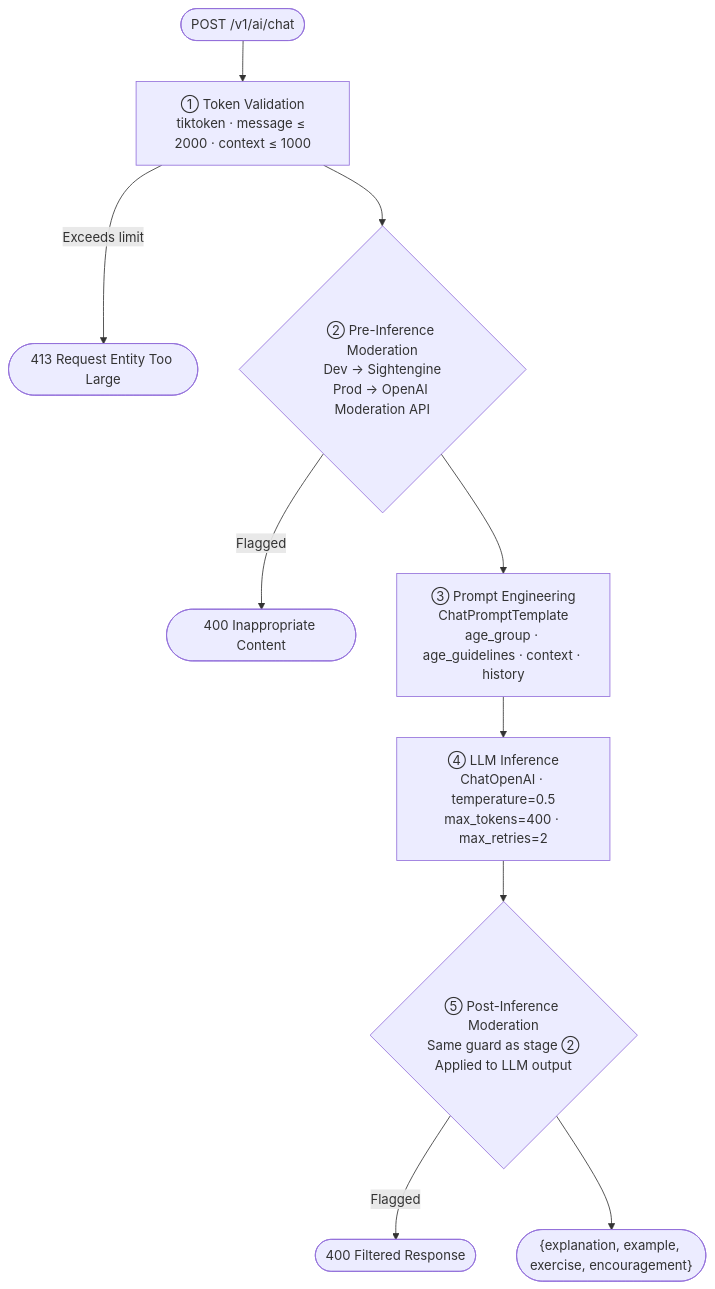
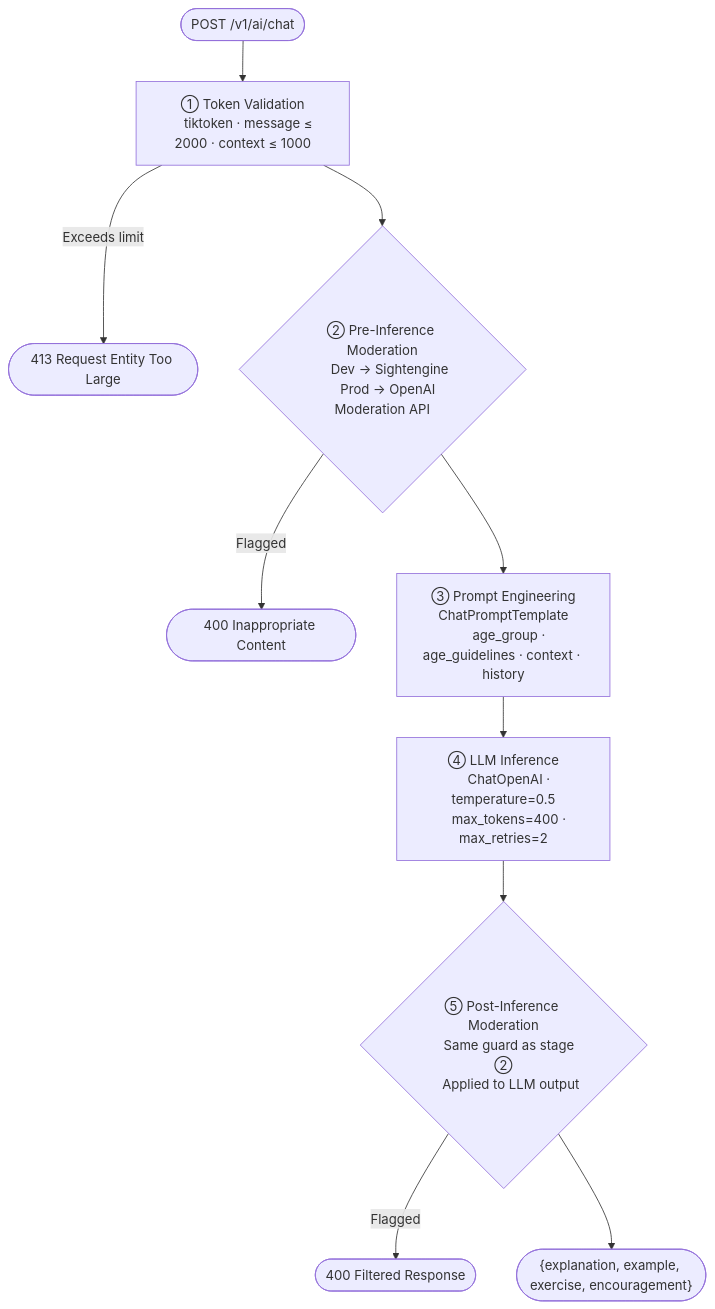
Before and after one commit to KlaiAhmed/KidsMind: the diagram in Services/AI/README.md, drawn with Mermaid.

````diff
--- a/Services/AI/README.md
+++ b/Services/AI/README.md
@@ -30,24 +30,32 @@
 ```mermaid
 flowchart TD
     A([POST /v1/ai/chat]) --> B
 
-    B["① Token Validation\ntiktoken · message ≤ 2000 · context ≤ 1000"]
+    B["① Token Validation
+    tiktoken · message ≤ 2000 · context ≤ 1000"]
     B -->|Exceeds limit| R1([413 Request Entity Too Large])
     B --> C
 
-    C{"② Pre-Inference Moderation\nDev → Sightengine\nProd → OpenAI Moderation API"}
+    C{"② Pre-Inference Moderation
+    Dev → Sightengine
+    Prod → OpenAI Moderation API"}
     C -->|Flagged| R2([400 Inappropriate Content])
     C --> D
 
-    D["③ Prompt Engineering\nChatPromptTemplate\nage_group · age_guidelines · context · history"]
+    D["③ Prompt Engineering\nChatPromptTemplate
+    age_group · age_guidelines · context · history"]
     D --> E
 
-    E["④ LLM Inference\nChatOpenAI · temperature=0.5\nmax_tokens=400 · max_retries=2"]
+    E["④ LLM Inference
+    ChatOpenAI · temperature=0.5
+    max_tokens=400 · max_retries=2"]
     E --> F
 
-    F{"⑤ Post-Inference Moderation\nSame guard as stage ②\nApplied to LLM output"}
+    F{"⑤ Post-Inference Moderation
+    Same guard as stage ②
+    Applied to LLM output"}
     F -->|Flagged| R3([400 Filtered Response])
     F --> G
 
     G(["{explanation, example, exercise, encouragement}"])
 ```
````
